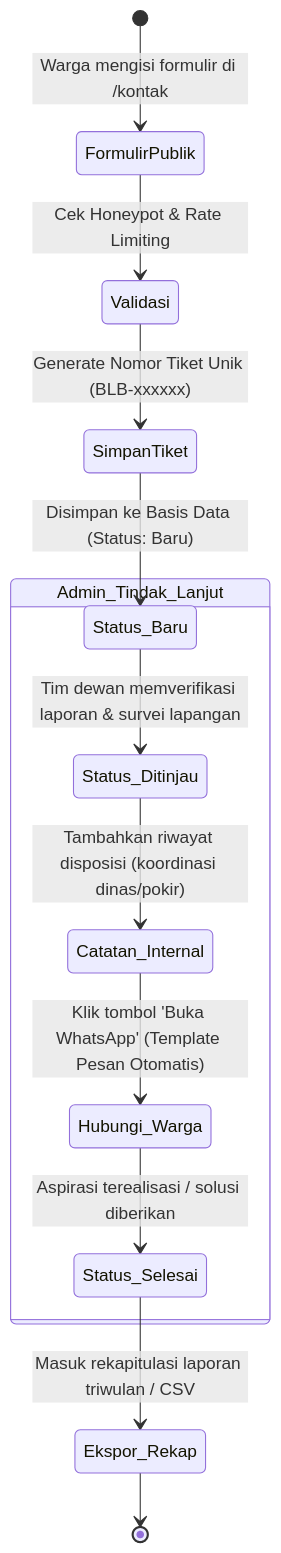
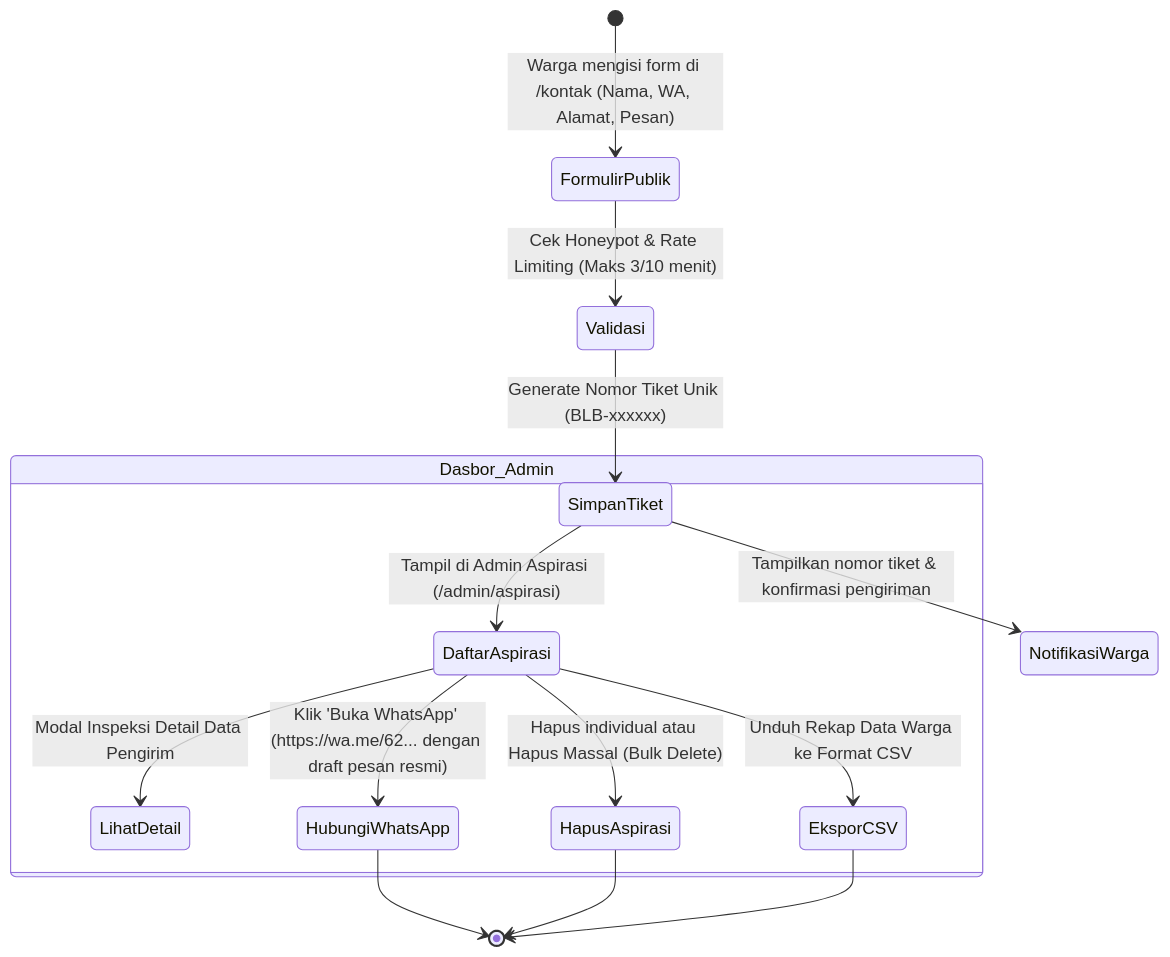
The fourth of 4 diagrams in docs/ARCHITECTURE.md (azrilzulfan/BanuBagaskara), drawn with Mermaid before and after one commit. The commit also changed other lines of this file and 23 other files, not shown here.

````diff
--- a/docs/ARCHITECTURE.md
+++ b/docs/ARCHITECTURE.md
@@ -229,17 +280,19 @@
 ```mermaid
 stateDiagram-v2
-    [*] --> FormulirPublik: Warga mengisi formulir di /kontak
-    FormulirPublik --> Validasi: Cek Honeypot & Rate Limiting
+    [*] --> FormulirPublik: Warga mengisi form di /kontak (Nama, WA, Alamat, Pesan)
+    FormulirPublik --> Validasi: Cek Honeypot & Rate Limiting (Maks 3/10 menit)
     Validasi --> SimpanTiket: Generate Nomor Tiket Unik (BLB-xxxxxx)
-    SimpanTiket --> Status_Baru: Disimpan ke Basis Data (Status: Baru)
-    
-    state Admin_Tindak_Lanjut {
-        Status_Baru --> Status_Ditinjau: Tim dewan memverifikasi laporan & survei lapangan
-        Status_Ditinjau --> Catatan_Internal: Tambahkan riwayat disposisi (koordinasi dinas/pokir)
-        Catatan_Internal --> Hubungi_Warga: Klik tombol 'Buka WhatsApp' (Template Pesan Otomatis)
-        Hubungi_Warga --> Status_Selesai: Aspirasi terealisasi / solusi diberikan
+    SimpanTiket --> NotifikasiWarga: Tampilkan nomor tiket & konfirmasi pengiriman
+
+    state Dasbor_Admin {
+        SimpanTiket --> DaftarAspirasi: Tampil di Admin Aspirasi (/admin/aspirasi)
+        DaftarAspirasi --> LihatDetail: Modal Inspeksi Detail Data Pengirim
+        DaftarAspirasi --> HubungiWhatsApp: Klik 'Buka WhatsApp' (https://wa.me/62... dengan draft pesan resmi)
+        DaftarAspirasi --> HapusAspirasi: Hapus individual atau Hapus Massal (Bulk Delete)
+        DaftarAspirasi --> EksporCSV: Unduh Rekap Data Warga ke Format CSV
     }
 
-    Status_Selesai --> Ekspor_Rekap: Masuk rekapitulasi laporan triwulan / CSV
-    Ekspor_Rekap --> [*]
+    HubungiWhatsApp --> [*]
+    HapusAspirasi --> [*]
+    EksporCSV --> [*]
 ```
````
